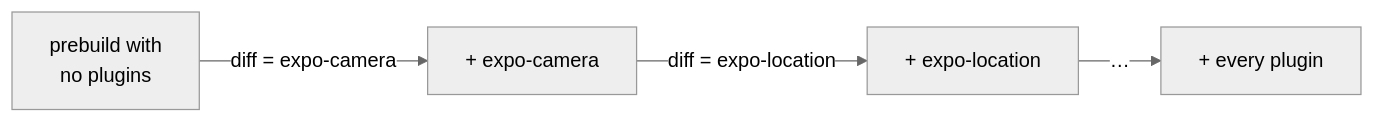
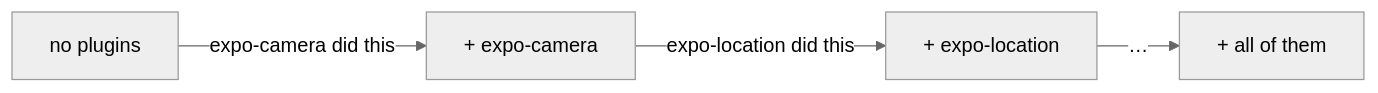
Before and after one commit to FladioArmandika/expo-plugin-blame: the diagram in README.md, drawn with Mermaid (neutral theme). The commit also changed other lines of this file, not shown here.

````diff
--- a/README.md
+++ b/README.md
@@ -138,6 +112,6 @@
 ```mermaid
 flowchart LR
-  A["prebuild with<br/>no plugins"] -- "diff = expo-camera" --> B["+ expo-camera"]
-  B -- "diff = expo-location" --> C["+ expo-location"]
-  C -- "…" --> D["+ every plugin"]
+  A["no plugins"] -- "expo-camera did this" --> B["+ expo-camera"]
+  B -- "expo-location did this" --> C["+ expo-location"]
+  C -- "…" --> D["+ all of them"]
 ```
````
